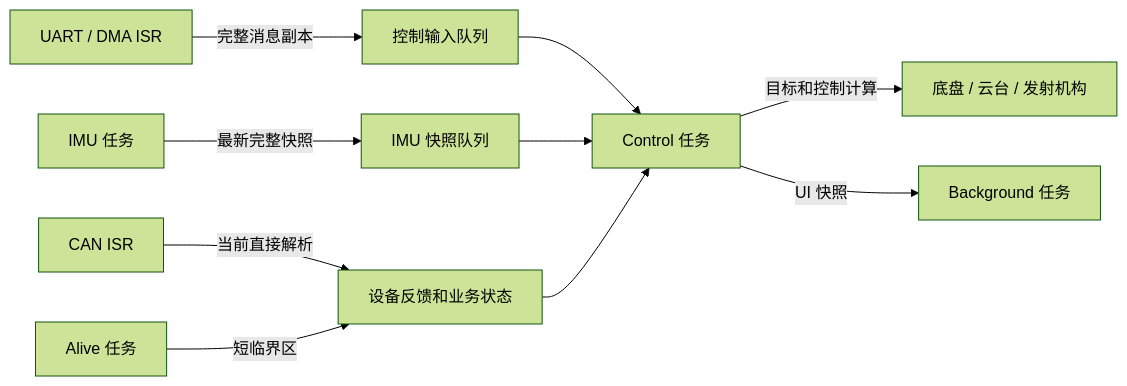
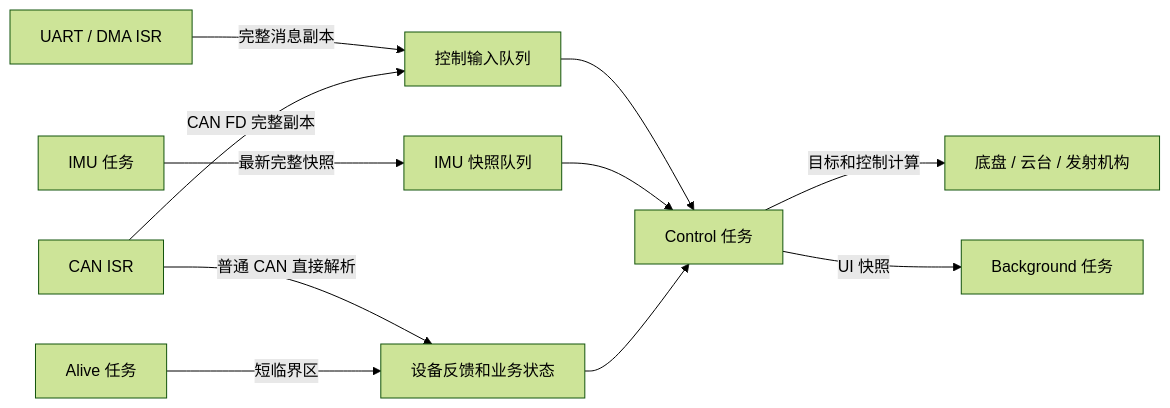
The diagram in README.md (ZLLC-NEUQ/ZLLC_2027), drawn with Mermaid (forest theme) before and after one commit. The commit also changed other lines of this file and 28 other files, not shown here.

````diff
--- a/README.md
+++ b/README.md
@@ -112,12 +116,13 @@
 ```mermaid
 flowchart LR
     U[UART / DMA ISR] -->|完整消息副本| Q[控制输入队列]
     Q --> C[Control 任务]
     I[IMU 任务] -->|最新完整快照| IQ[IMU 快照队列]
     IQ --> C
-    K[CAN ISR] -->|当前直接解析| D[设备反馈和业务状态]
+    K[CAN ISR] -->|普通 CAN 直接解析| D[设备反馈和业务状态]
+    K -->|CAN FD 完整副本| Q
     D --> C
     C -->|目标和控制计算| M[底盘 / 云台 / 发射机构]
     C -->|UI 快照| B[Background 任务]
     A[Alive 任务] -->|短临界区| D
 ```
````
